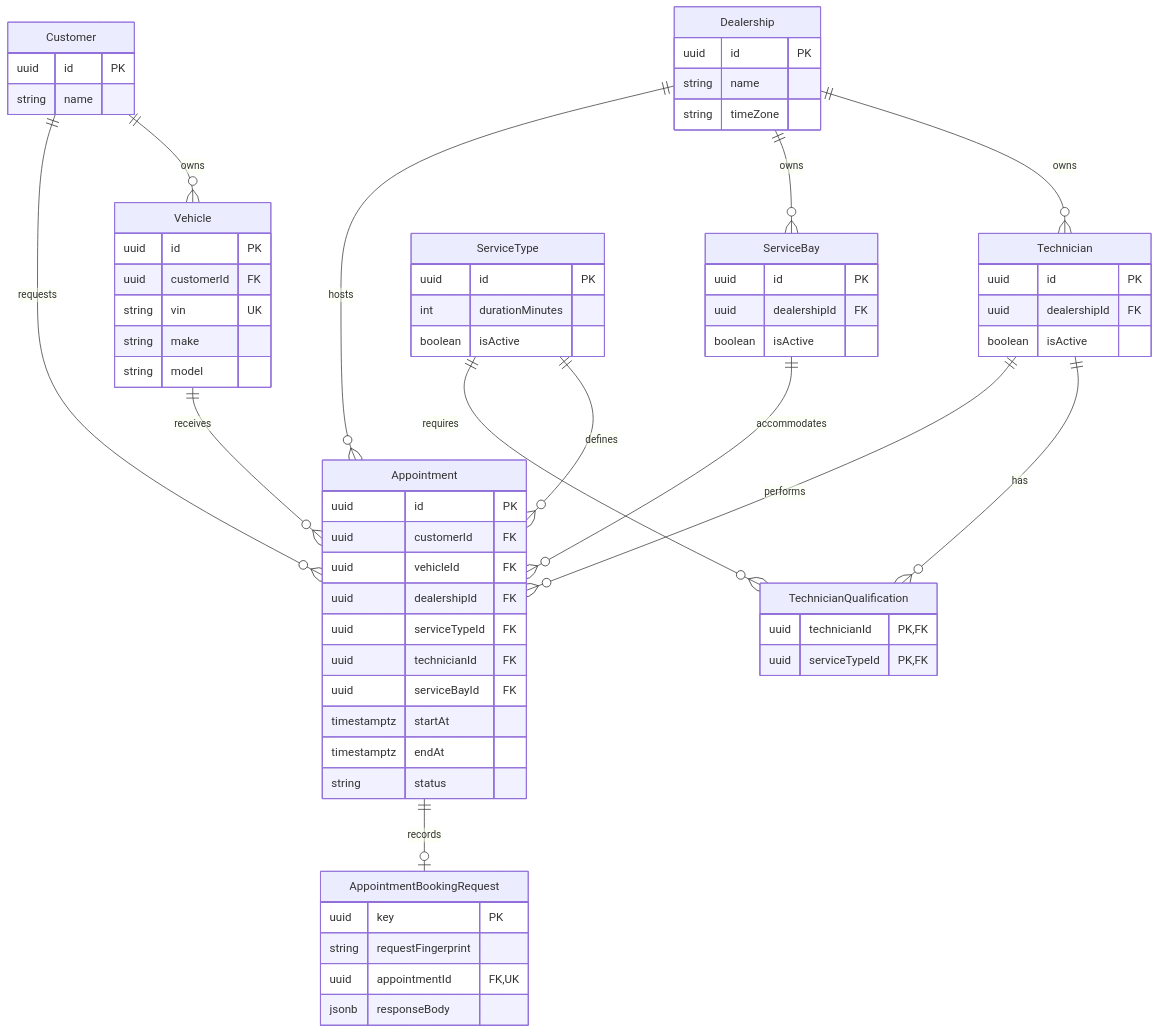
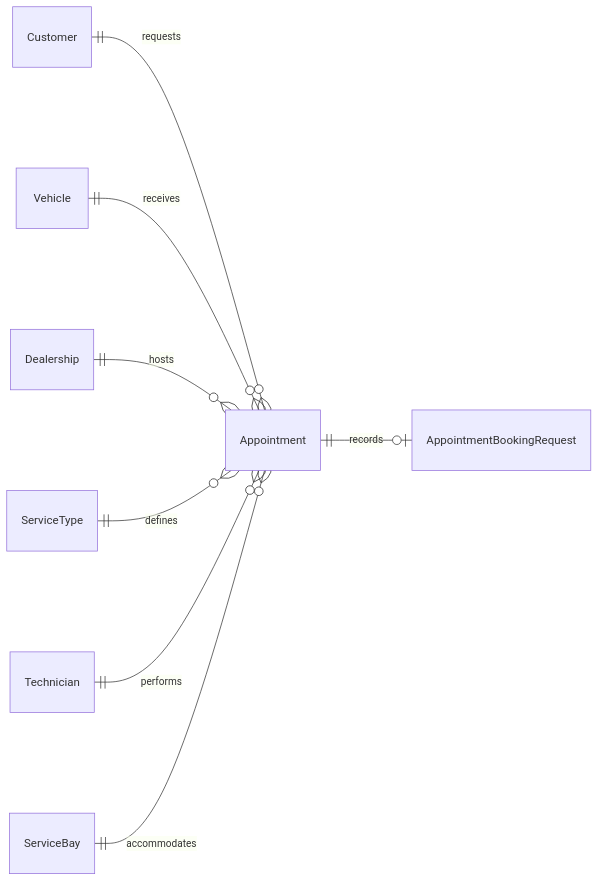
One commit to kiettle/keyloop-service-scheduler changed the second of 5 diagrams in docs/SYSTEM_DESIGN.md. Above: the diagram before and after it, drawn with Mermaid. The commit also changed other lines of this file and 47 other files, not shown here.

````diff
--- a/docs/SYSTEM_DESIGN.md
+++ b/docs/SYSTEM_DESIGN.md
@@ -65,68 +83,11 @@
 ```mermaid
 erDiagram
-  Dealership ||--o{ Technician : owns
-  Dealership ||--o{ ServiceBay : owns
-  Dealership ||--o{ Appointment : hosts
-  Customer ||--o{ Vehicle : owns
+  direction LR
   Customer ||--o{ Appointment : requests
   Vehicle ||--o{ Appointment : receives
+  Dealership ||--o{ Appointment : hosts
   ServiceType ||--o{ Appointment : defines
-  Technician ||--o{ TechnicianQualification : has
-  ServiceType ||--o{ TechnicianQualification : requires
   Technician ||--o{ Appointment : performs
   ServiceBay ||--o{ Appointment : accommodates
-  Dealership {
-    uuid id PK
-    string name
-    string timeZone
-  }
-  Customer {
-    uuid id PK
-    string name
-  }
-  Vehicle {
-    uuid id PK
-    uuid customerId FK
-    string vin UK
-    string make
-    string model
-  }
-  ServiceType {
-    uuid id PK
-    int durationMinutes
-    boolean isActive
-  }
-  Technician {
-    uuid id PK
-    uuid dealershipId FK
-    boolean isActive
-  }
-  TechnicianQualification {
-    uuid technicianId PK, FK
-    uuid serviceTypeId PK, FK
-  }
-  ServiceBay {
-    uuid id PK
-    uuid dealershipId FK
-    boolean isActive
-  }
   Appointment ||--o| AppointmentBookingRequest : records
-  AppointmentBookingRequest {
-    uuid key PK
-    string requestFingerprint
-    uuid appointmentId FK, UK
-    jsonb responseBody
-  }
-  Appointment {
-    uuid id PK
-    uuid customerId FK
-    uuid vehicleId FK
-    uuid dealershipId FK
-    uuid serviceTypeId FK
-    uuid technicianId FK
-    uuid serviceBayId FK
-    timestamptz startAt
-    timestamptz endAt
-    string status
-  }
 ```
````
